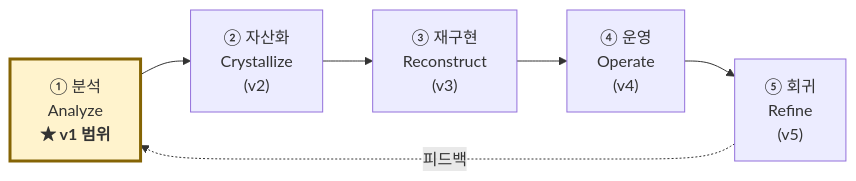
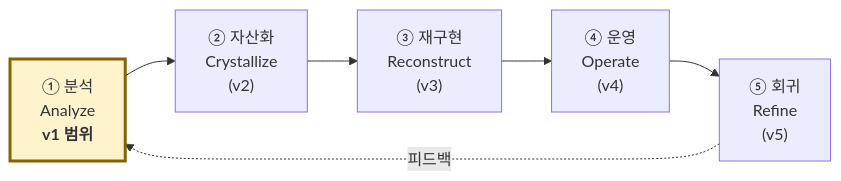
The second of 12 diagrams in ai-native-methodology/archive/methodology-v1.1/.claude/plans/plan-methodology-v1.1.md (rageboom/ai-native-methodology), drawn with Mermaid before and after one commit. The commit also changed other lines of this file and 1659 other files, not shown here.

````diff
--- a/ai-native-methodology/archive/methodology-v1.1/.claude/plans/plan-methodology-v1.1.md
+++ b/ai-native-methodology/archive/methodology-v1.1/.claude/plans/plan-methodology-v1.1.md
@@ -65,10 +66,10 @@
 ```mermaid
 flowchart LR
-    A["① 분석<br/>Analyze<br/><b>★ v1 범위</b>"] --> B["② 자산화<br/>Crystallize<br/>(v2)"]
+    A["① 분석<br/>Analyze<br/><b>v1 범위</b>"] --> B["② 자산화<br/>Crystallize<br/>(v2)"]
     B --> C["③ 재구현<br/>Reconstruct<br/>(v3)"]
     C --> D["④ 운영<br/>Operate<br/>(v4)"]
     D --> E["⑤ 회귀<br/>Refine<br/>(v5)"]
     E -.피드백.-> A
 
     style A fill:#fff3cd,stroke:#856404,stroke-width:3px
 ```
````
